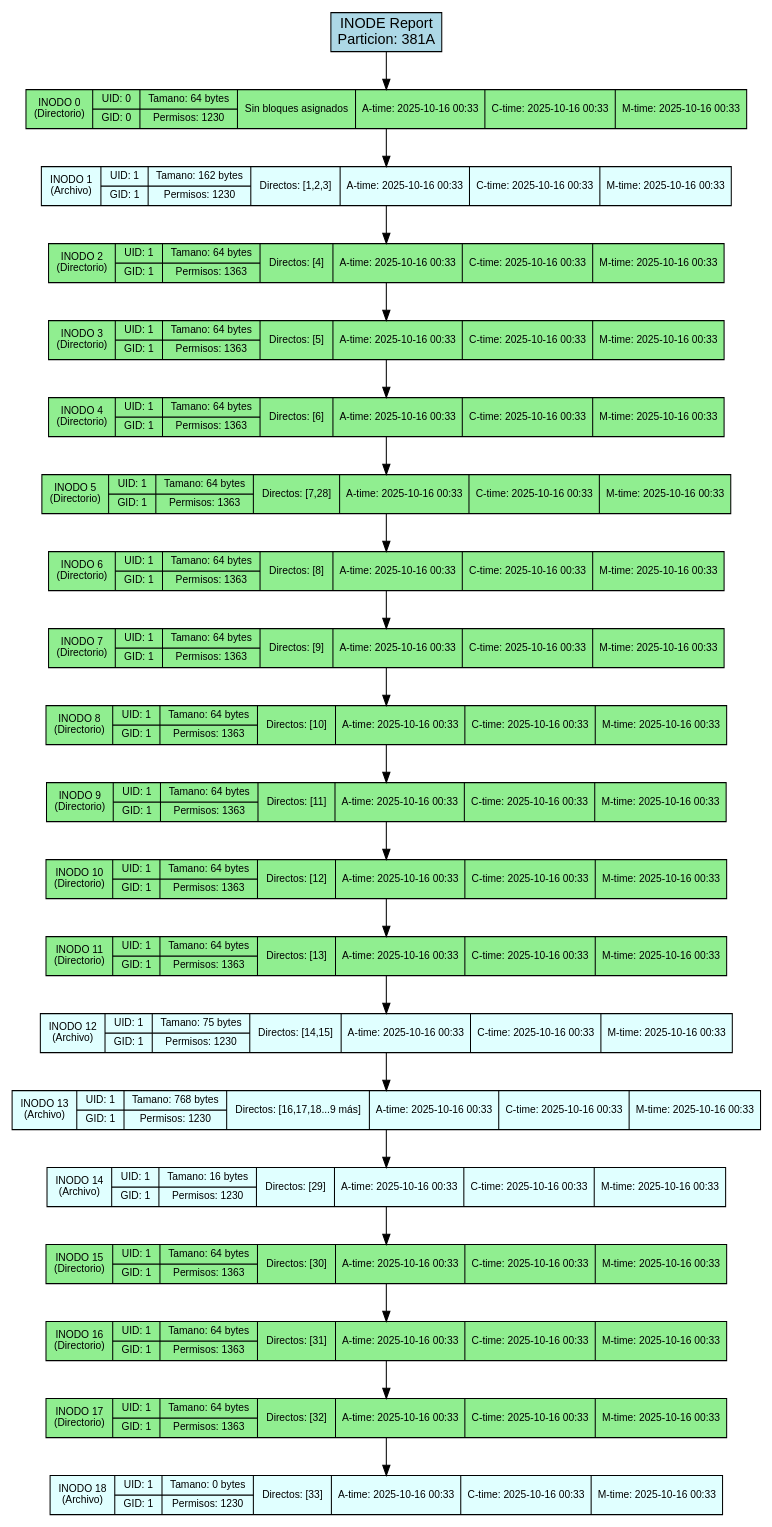
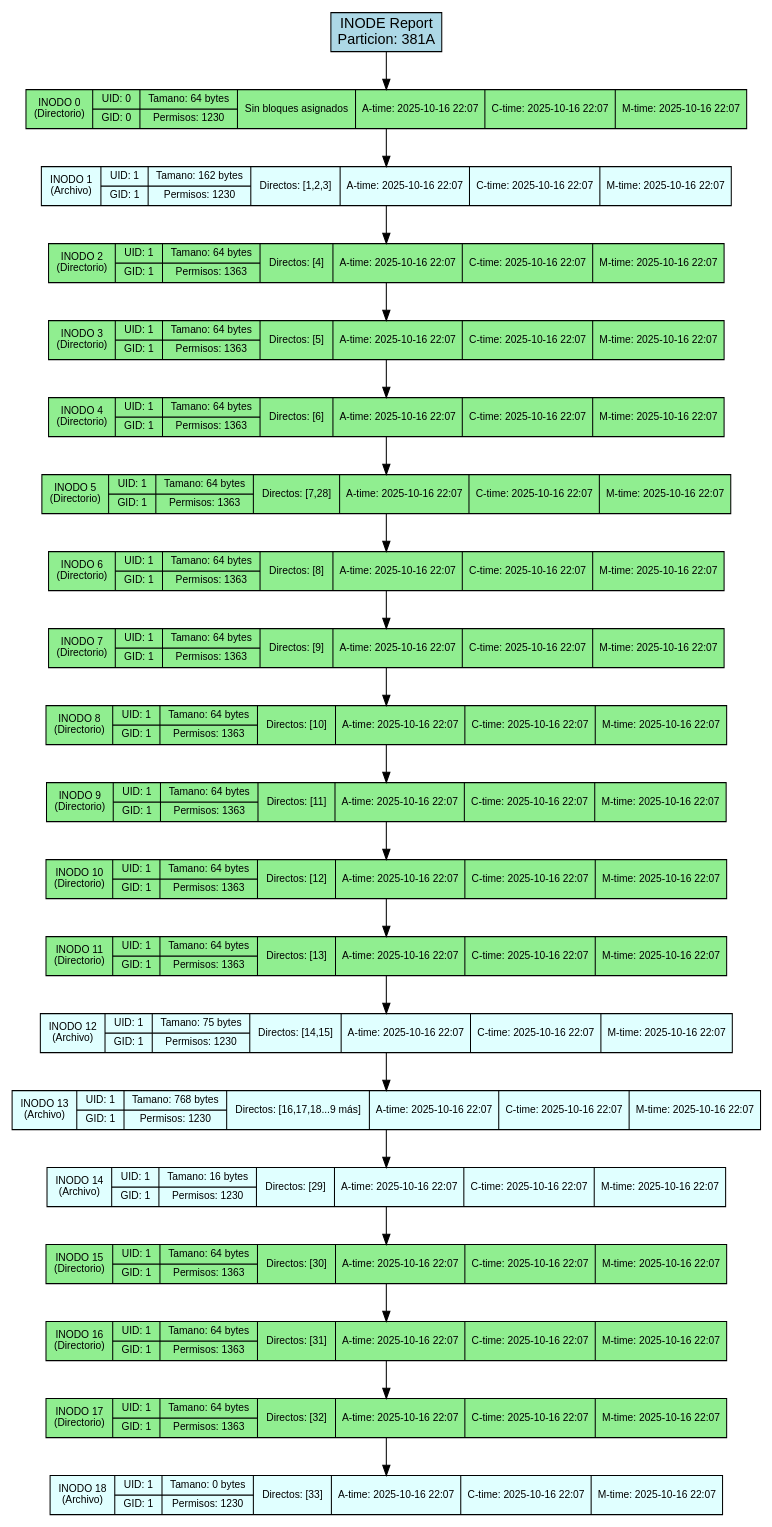
Before and after one commit to DiegVas/MIA_2S2025_P2_202300638: the diagram in backend/provider/reports/src/inode_381A.dot, drawn with Graphviz. The commit also changed 4 other files, not shown here.

```diff
--- a/backend/provider/reports/src/inode_381A.dot
+++ b/backend/provider/reports/src/inode_381A.dot
@@ -1,50 +1,50 @@
 digraph Inode_Report {
     rankdir=TB;
     node [shape=record, style=filled];
     graph [fontname="Arial", fontsize=12];
     node [fontname="Arial", fontsize=10];
     edge [fontname="Arial"];
 
     title [label="INODE Report\nParticion: 381A", fillcolor=lightblue, fontsize=14];
 
-    inode_0 [label="INODO 0\n(Directorio)|{UID: 0 | GID: 0}|{Tamano: 64 bytes | Permisos: 1230}|{Sin bloques asignados}|{A-time: 2025-10-16 00:33}|{C-time: 2025-10-16 00:33}|{M-time: 2025-10-16 00:33}", fillcolor=lightgreen];
-    inode_1 [label="INODO 1\n(Archivo)|{UID: 1 | GID: 1}|{Tamano: 162 bytes | Permisos: 1230}|{Directos: [1,2,3]}|{A-time: 2025-10-16 00:33}|{C-time: 2025-10-16 00:33}|{M-time: 2025-10-16 00:33}", fillcolor=lightcyan];
-    inode_2 [label="INODO 2\n(Directorio)|{UID: 1 | GID: 1}|{Tamano: 64 bytes | Permisos: 1363}|{Directos: [4]}|{A-time: 2025-10-16 00:33}|{C-time: 2025-10-16 00:33}|{M-time: 2025-10-16 00:33}", fillcolor=lightgreen];
-    inode_3 [label="INODO 3\n(Directorio)|{UID: 1 | GID: 1}|{Tamano: 64 bytes | Permisos: 1363}|{Directos: [5]}|{A-time: 2025-10-16 00:33}|{C-time: 2025-10-16 00:33}|{M-time: 2025-10-16 00:33}", fillcolor=lightgreen];
-    inode_4 [label="INODO 4\n(Directorio)|{UID: 1 | GID: 1}|{Tamano: 64 bytes | Permisos: 1363}|{Directos: [6]}|{A-time: 2025-10-16 00:33}|{C-time: 2025-10-16 00:33}|{M-time: 2025-10-16 00:33}", fillcolor=lightgreen];
-    inode_5 [label="INODO 5\n(Directorio)|{UID: 1 | GID: 1}|{Tamano: 64 bytes | Permisos: 1363}|{Directos: [7,28]}|{A-time: 2025-10-16 00:33}|{C-time: 2025-10-16 00:33}|{M-time: 2025-10-16 00:33}", fillcolor=lightgreen];
-    inode_6 [label="INODO 6\n(Directorio)|{UID: 1 | GID: 1}|{Tamano: 64 bytes | Permisos: 1363}|{Directos: [8]}|{A-time: 2025-10-16 00:33}|{C-time: 2025-10-16 00:33}|{M-time: 2025-10-16 00:33}", fillcolor=lightgreen];
-    inode_7 [label="INODO 7\n(Directorio)|{UID: 1 | GID: 1}|{Tamano: 64 bytes | Permisos: 1363}|{Directos: [9]}|{A-time: 2025-10-16 00:33}|{C-time: 2025-10-16 00:33}|{M-time: 2025-10-16 00:33}", fillcolor=lightgreen];
-    inode_8 [label="INODO 8\n(Directorio)|{UID: 1 | GID: 1}|{Tamano: 64 bytes | Permisos: 1363}|{Directos: [10]}|{A-time: 2025-10-16 00:33}|{C-time: 2025-10-16 00:33}|{M-time: 2025-10-16 00:33}", fillcolor=lightgreen];
-    inode_9 [label="INODO 9\n(Directorio)|{UID: 1 | GID: 1}|{Tamano: 64 bytes | Permisos: 1363}|{Directos: [11]}|{A-time: 2025-10-16 00:33}|{C-time: 2025-10-16 00:33}|{M-time: 2025-10-16 00:33}", fillcolor=lightgreen];
-    inode_10 [label="INODO 10\n(Directorio)|{UID: 1 | GID: 1}|{Tamano: 64 bytes | Permisos: 1363}|{Directos: [12]}|{A-time: 2025-10-16 00:33}|{C-time: 2025-10-16 00:33}|{M-time: 2025-10-16 00:33}", fillcolor=lightgreen];
-    inode_11 [label="INODO 11\n(Directorio)|{UID: 1 | GID: 1}|{Tamano: 64 bytes | Permisos: 1363}|{Directos: [13]}|{A-time: 2025-10-16 00:33}|{C-time: 2025-10-16 00:33}|{M-time: 2025-10-16 00:33}", fillcolor=lightgreen];
-    inode_12 [label="INODO 12\n(Archivo)|{UID: 1 | GID: 1}|{Tamano: 75 bytes | Permisos: 1230}|{Directos: [14,15]}|{A-time: 2025-10-16 00:33}|{C-time: 2025-10-16 00:33}|{M-time: 2025-10-16 00:33}", fillcolor=lightcyan];
-    inode_13 [label="INODO 13\n(Archivo)|{UID: 1 | GID: 1}|{Tamano: 768 bytes | Permisos: 1230}|{Directos: [16,17,18...9 más]}|{A-time: 2025-10-16 00:33}|{C-time: 2025-10-16 00:33}|{M-time: 2025-10-16 00:33}", fillcolor=lightcyan];
-    inode_14 [label="INODO 14\n(Archivo)|{UID: 1 | GID: 1}|{Tamano: 16 bytes | Permisos: 1230}|{Directos: [29]}|{A-time: 2025-10-16 00:33}|{C-time: 2025-10-16 00:33}|{M-time: 2025-10-16 00:33}", fillcolor=lightcyan];
-    inode_15 [label="INODO 15\n(Directorio)|{UID: 1 | GID: 1}|{Tamano: 64 bytes | Permisos: 1363}|{Directos: [30]}|{A-time: 2025-10-16 00:33}|{C-time: 2025-10-16 00:33}|{M-time: 2025-10-16 00:33}", fillcolor=lightgreen];
-    inode_16 [label="INODO 16\n(Directorio)|{UID: 1 | GID: 1}|{Tamano: 64 bytes | Permisos: 1363}|{Directos: [31]}|{A-time: 2025-10-16 00:33}|{C-time: 2025-10-16 00:33}|{M-time: 2025-10-16 00:33}", fillcolor=lightgreen];
-    inode_17 [label="INODO 17\n(Directorio)|{UID: 1 | GID: 1}|{Tamano: 64 bytes | Permisos: 1363}|{Directos: [32]}|{A-time: 2025-10-16 00:33}|{C-time: 2025-10-16 00:33}|{M-time: 2025-10-16 00:33}", fillcolor=lightgreen];
-    inode_18 [label="INODO 18\n(Archivo)|{UID: 1 | GID: 1}|{Tamano: 0 bytes | Permisos: 1230}|{Directos: [33]}|{A-time: 2025-10-16 00:33}|{C-time: 2025-10-16 00:33}|{M-time: 2025-10-16 00:33}", fillcolor=lightcyan];
+    inode_0 [label="INODO 0\n(Directorio)|{UID: 0 | GID: 0}|{Tamano: 64 bytes | Permisos: 1230}|{Sin bloques asignados}|{A-time: 2025-10-16 22:07}|{C-time: 2025-10-16 22:07}|{M-time: 2025-10-16 22:07}", fillcolor=lightgreen];
+    inode_1 [label="INODO 1\n(Archivo)|{UID: 1 | GID: 1}|{Tamano: 162 bytes | Permisos: 1230}|{Directos: [1,2,3]}|{A-time: 2025-10-16 22:07}|{C-time: 2025-10-16 22:07}|{M-time: 2025-10-16 22:07}", fillcolor=lightcyan];
+    inode_2 [label="INODO 2\n(Directorio)|{UID: 1 | GID: 1}|{Tamano: 64 bytes | Permisos: 1363}|{Directos: [4]}|{A-time: 2025-10-16 22:07}|{C-time: 2025-10-16 22:07}|{M-time: 2025-10-16 22:07}", fillcolor=lightgreen];
+    inode_3 [label="INODO 3\n(Directorio)|{UID: 1 | GID: 1}|{Tamano: 64 bytes | Permisos: 1363}|{Directos: [5]}|{A-time: 2025-10-16 22:07}|{C-time: 2025-10-16 22:07}|{M-time: 2025-10-16 22:07}", fillcolor=lightgreen];
+    inode_4 [label="INODO 4\n(Directorio)|{UID: 1 | GID: 1}|{Tamano: 64 bytes | Permisos: 1363}|{Directos: [6]}|{A-time: 2025-10-16 22:07}|{C-time: 2025-10-16 22:07}|{M-time: 2025-10-16 22:07}", fillcolor=lightgreen];
+    inode_5 [label="INODO 5\n(Directorio)|{UID: 1 | GID: 1}|{Tamano: 64 bytes | Permisos: 1363}|{Directos: [7,28]}|{A-time: 2025-10-16 22:07}|{C-time: 2025-10-16 22:07}|{M-time: 2025-10-16 22:07}", fillcolor=lightgreen];
+    inode_6 [label="INODO 6\n(Directorio)|{UID: 1 | GID: 1}|{Tamano: 64 bytes | Permisos: 1363}|{Directos: [8]}|{A-time: 2025-10-16 22:07}|{C-time: 2025-10-16 22:07}|{M-time: 2025-10-16 22:07}", fillcolor=lightgreen];
+    inode_7 [label="INODO 7\n(Directorio)|{UID: 1 | GID: 1}|{Tamano: 64 bytes | Permisos: 1363}|{Directos: [9]}|{A-time: 2025-10-16 22:07}|{C-time: 2025-10-16 22:07}|{M-time: 2025-10-16 22:07}", fillcolor=lightgreen];
+    inode_8 [label="INODO 8\n(Directorio)|{UID: 1 | GID: 1}|{Tamano: 64 bytes | Permisos: 1363}|{Directos: [10]}|{A-time: 2025-10-16 22:07}|{C-time: 2025-10-16 22:07}|{M-time: 2025-10-16 22:07}", fillcolor=lightgreen];
+    inode_9 [label="INODO 9\n(Directorio)|{UID: 1 | GID: 1}|{Tamano: 64 bytes | Permisos: 1363}|{Directos: [11]}|{A-time: 2025-10-16 22:07}|{C-time: 2025-10-16 22:07}|{M-time: 2025-10-16 22:07}", fillcolor=lightgreen];
+    inode_10 [label="INODO 10\n(Directorio)|{UID: 1 | GID: 1}|{Tamano: 64 bytes | Permisos: 1363}|{Directos: [12]}|{A-time: 2025-10-16 22:07}|{C-time: 2025-10-16 22:07}|{M-time: 2025-10-16 22:07}", fillcolor=lightgreen];
+    inode_11 [label="INODO 11\n(Directorio)|{UID: 1 | GID: 1}|{Tamano: 64 bytes | Permisos: 1363}|{Directos: [13]}|{A-time: 2025-10-16 22:07}|{C-time: 2025-10-16 22:07}|{M-time: 2025-10-16 22:07}", fillcolor=lightgreen];
+    inode_12 [label="INODO 12\n(Archivo)|{UID: 1 | GID: 1}|{Tamano: 75 bytes | Permisos: 1230}|{Directos: [14,15]}|{A-time: 2025-10-16 22:07}|{C-time: 2025-10-16 22:07}|{M-time: 2025-10-16 22:07}", fillcolor=lightcyan];
+    inode_13 [label="INODO 13\n(Archivo)|{UID: 1 | GID: 1}|{Tamano: 768 bytes | Permisos: 1230}|{Directos: [16,17,18...9 más]}|{A-time: 2025-10-16 22:07}|{C-time: 2025-10-16 22:07}|{M-time: 2025-10-16 22:07}", fillcolor=lightcyan];
+    inode_14 [label="INODO 14\n(Archivo)|{UID: 1 | GID: 1}|{Tamano: 16 bytes | Permisos: 1230}|{Directos: [29]}|{A-time: 2025-10-16 22:07}|{C-time: 2025-10-16 22:07}|{M-time: 2025-10-16 22:07}", fillcolor=lightcyan];
+    inode_15 [label="INODO 15\n(Directorio)|{UID: 1 | GID: 1}|{Tamano: 64 bytes | Permisos: 1363}|{Directos: [30]}|{A-time: 2025-10-16 22:07}|{C-time: 2025-10-16 22:07}|{M-time: 2025-10-16 22:07}", fillcolor=lightgreen];
+    inode_16 [label="INODO 16\n(Directorio)|{UID: 1 | GID: 1}|{Tamano: 64 bytes | Permisos: 1363}|{Directos: [31]}|{A-time: 2025-10-16 22:07}|{C-time: 2025-10-16 22:07}|{M-time: 2025-10-16 22:07}", fillcolor=lightgreen];
+    inode_17 [label="INODO 17\n(Directorio)|{UID: 1 | GID: 1}|{Tamano: 64 bytes | Permisos: 1363}|{Directos: [32]}|{A-time: 2025-10-16 22:07}|{C-time: 2025-10-16 22:07}|{M-time: 2025-10-16 22:07}", fillcolor=lightgreen];
+    inode_18 [label="INODO 18\n(Archivo)|{UID: 1 | GID: 1}|{Tamano: 0 bytes | Permisos: 1230}|{Directos: [33]}|{A-time: 2025-10-16 22:07}|{C-time: 2025-10-16 22:07}|{M-time: 2025-10-16 22:07}", fillcolor=lightcyan];
 
     // Conexiones de la lista enlazada
     title -> inode_0;
     inode_0 -> inode_1;
     inode_1 -> inode_2;
     inode_2 -> inode_3;
     inode_3 -> inode_4;
     inode_4 -> inode_5;
     inode_5 -> inode_6;
     inode_6 -> inode_7;
     inode_7 -> inode_8;
     inode_8 -> inode_9;
     inode_9 -> inode_10;
     inode_10 -> inode_11;
     inode_11 -> inode_12;
     inode_12 -> inode_13;
     inode_13 -> inode_14;
     inode_14 -> inode_15;
     inode_15 -> inode_16;
     inode_16 -> inode_17;
     inode_17 -> inode_18;
 }
```
